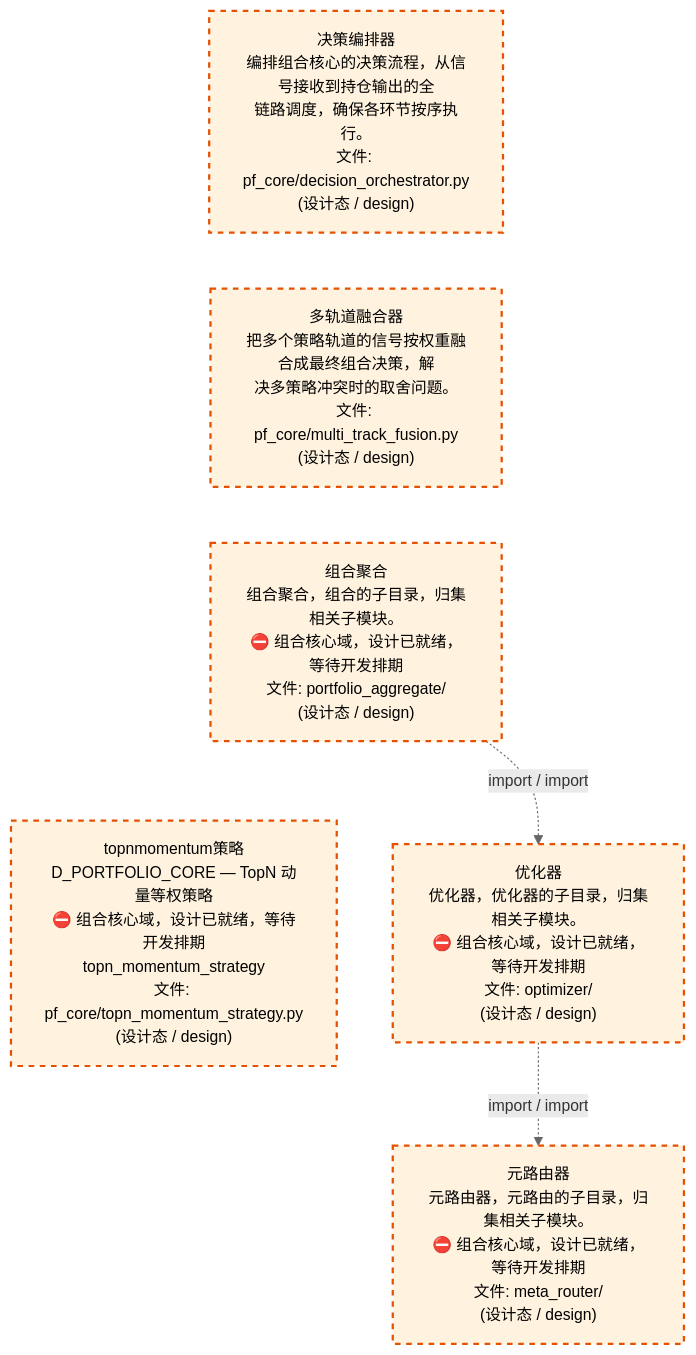
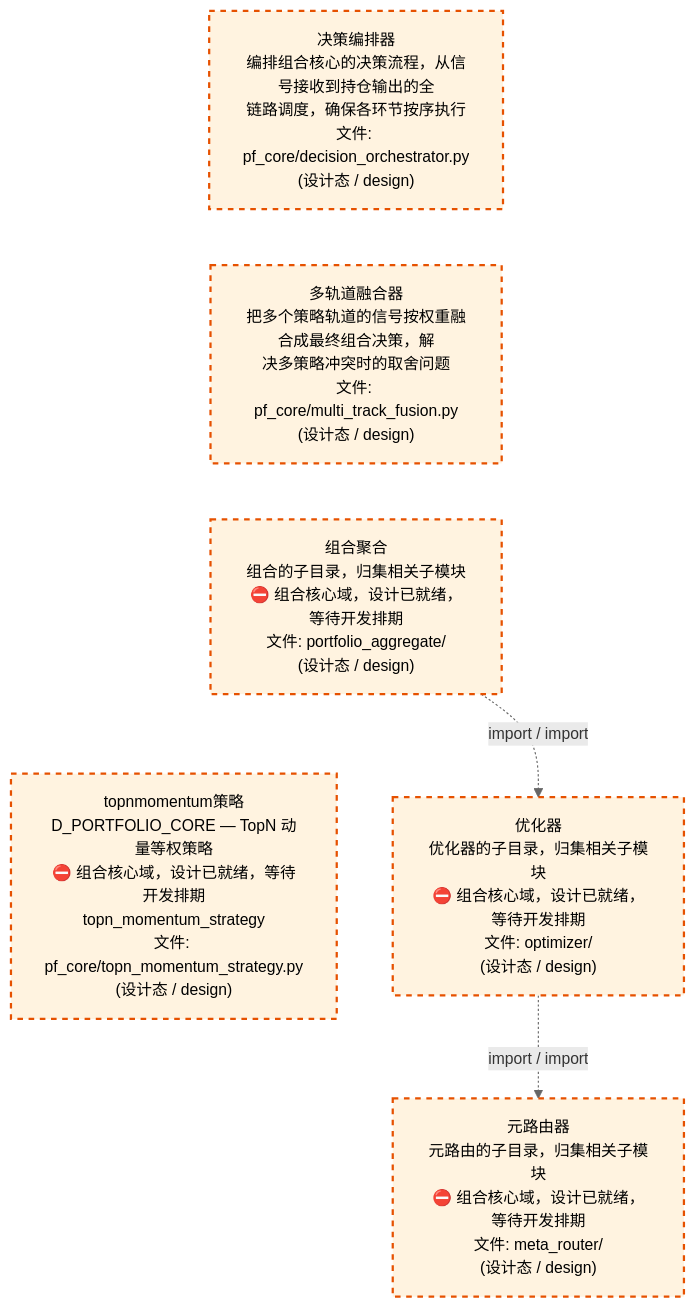
One commit to xuanFelixVan/ZephyrAlpha changed the third of 4 diagrams in docs/02_enterprise_architecture/02_domain_architecture_docs/63_d_pf_core.md. Above: the diagram before and after it, drawn with Mermaid. The commit also changed other lines of this file and 63 other files, not shown here.

````diff
--- a/docs/02_enterprise_architecture/02_domain_architecture_docs/63_d_pf_core.md
+++ b/docs/02_enterprise_architecture/02_domain_architecture_docs/63_d_pf_core.md
@@ -180,20 +180,20 @@
 ```mermaid
 %%{init: {'theme': 'base', 'themeVariables': {'primaryColor': '#eaeaea', 'primaryTextColor': '#333333', 'primaryBorderColor': '#666666', 'lineColor': '#666666', 'secondaryColor': '#eaeaea', 'tertiaryColor': '#eaeaea', 'fontSize': '14px'}}}%%
 flowchart TD
-    src_zephyr_pf_core_decision_orchestrator_py["决策编排器<br/>编排组合核心的决策流程，从信号接收到持仓输出的全<br/>链路调度，确保各环节按序执行。<br/>文件: pf_core/decision_orchestrator.py<br/>(设计态 / design)"]
-    src_zephyr_pf_core_multi_track_fusion_py["多轨道融合器<br/>把多个策略轨道的信号按权重融合成最终组合决策，解<br/>决多策略冲突时的取舍问题。<br/>文件: pf_core/multi_track_fusion.py<br/>(设计态 / design)"]
-    src_zephyr_pf_core_portfolio_aggregate["组合聚合<br/>组合聚合，组合的子目录，归集相关子模块。<br/>⛔ 组合核心域，设计已就绪，等待开发排期<br/>文件: portfolio_aggregate/<br/>(设计态 / design)"]
+    src_zephyr_pf_core_decision_orchestrator_py["决策编排器<br/>编排组合核心的决策流程，从信号接收到持仓输出的全<br/>链路调度，确保各环节按序执行<br/>文件: pf_core/decision_orchestrator.py<br/>(设计态 / design)"]
+    src_zephyr_pf_core_multi_track_fusion_py["多轨道融合器<br/>把多个策略轨道的信号按权重融合成最终组合决策，解<br/>决多策略冲突时的取舍问题<br/>文件: pf_core/multi_track_fusion.py<br/>(设计态 / design)"]
+    src_zephyr_pf_core_portfolio_aggregate["组合聚合<br/>组合的子目录，归集相关子模块<br/>⛔ 组合核心域，设计已就绪，等待开发排期<br/>文件: portfolio_aggregate/<br/>(设计态 / design)"]
     src_zephyr_pf_core_topn_momentum_strategy_py["topnmomentum策略<br/>D_PORTFOLIO_CORE — TopN 动量等权策略<br/>⛔ 组合核心域，设计已就绪，等待开发排期<br/>topn_momentum_strategy<br/>文件: pf_core/topn_momentum_strategy.py<br/>(设计态 / design)"]
     src_zephyr_pf_core_decision_orchestrator_py ~~~ src_zephyr_pf_core_multi_track_fusion_py
     src_zephyr_pf_core_multi_track_fusion_py ~~~ src_zephyr_pf_core_portfolio_aggregate
     src_zephyr_pf_core_portfolio_aggregate ~~~ src_zephyr_pf_core_topn_momentum_strategy_py
-    src_zephyr_pf_core_optimizer["优化器<br/>优化器，优化器的子目录，归集相关子模块。<br/>⛔ 组合核心域，设计已就绪，等待开发排期<br/>文件: optimizer/<br/>(设计态 / design)"]
-    src_zephyr_pf_core_meta_router["元路由器<br/>元路由器，元路由的子目录，归集相关子模块。<br/>⛔ 组合核心域，设计已就绪，等待开发排期<br/>文件: meta_router/<br/>(设计态 / design)"]
+    src_zephyr_pf_core_optimizer["优化器<br/>优化器的子目录，归集相关子模块<br/>⛔ 组合核心域，设计已就绪，等待开发排期<br/>文件: optimizer/<br/>(设计态 / design)"]
+    src_zephyr_pf_core_meta_router["元路由器<br/>元路由的子目录，归集相关子模块<br/>⛔ 组合核心域，设计已就绪，等待开发排期<br/>文件: meta_router/<br/>(设计态 / design)"]
     src_zephyr_pf_core_optimizer -.->|import / import| src_zephyr_pf_core_meta_router
     src_zephyr_pf_core_portfolio_aggregate -.->|import / import| src_zephyr_pf_core_optimizer
     classDef production fill:#e1f5fe,stroke:#01579b,stroke-width:2px,color:#000
     classDef design fill:#fff3e0,stroke:#e65100,stroke-width:2px,color:#000,stroke-dasharray: 5 5
     classDef external_prod fill:#e8f4fd,stroke:#0277bd,stroke-width:1px,color:#000
     classDef external_design fill:#fff8e7,stroke:#ef6c00,stroke-width:1px,color:#000,stroke-dasharray: 5 5
     class src_zephyr_pf_core_decision_orchestrator_py,src_zephyr_pf_core_meta_router,src_zephyr_pf_core_multi_track_fusion_py,src_zephyr_pf_core_optimizer,src_zephyr_pf_core_portfolio_aggregate,src_zephyr_pf_core_topn_momentum_strategy_py design
 ```
````
